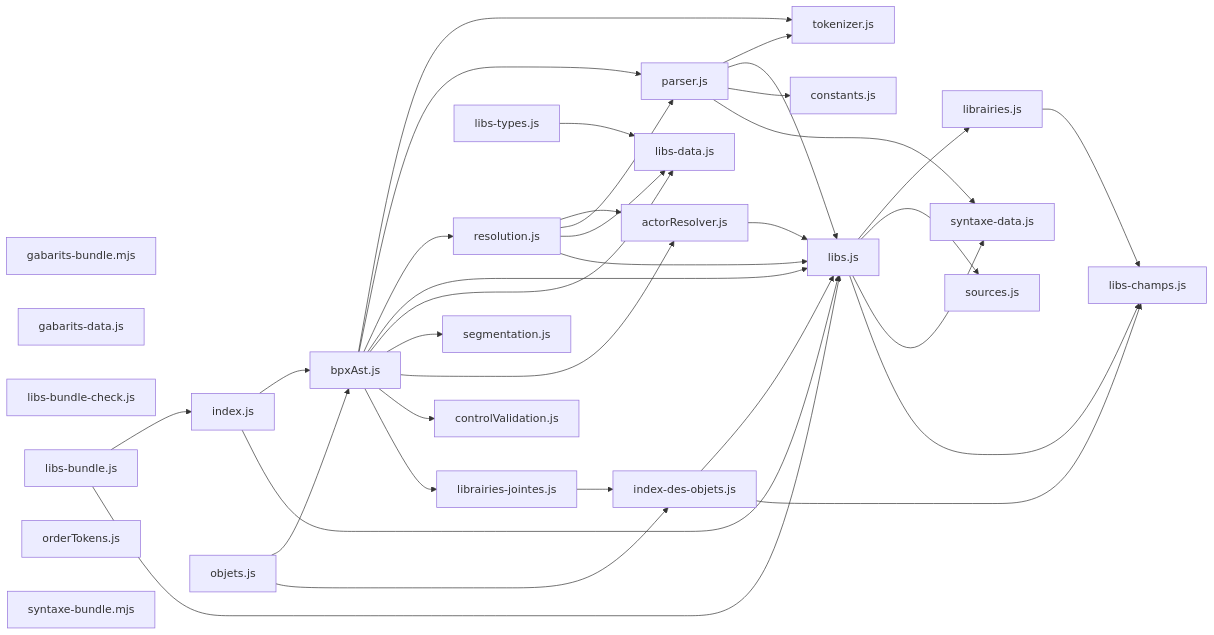
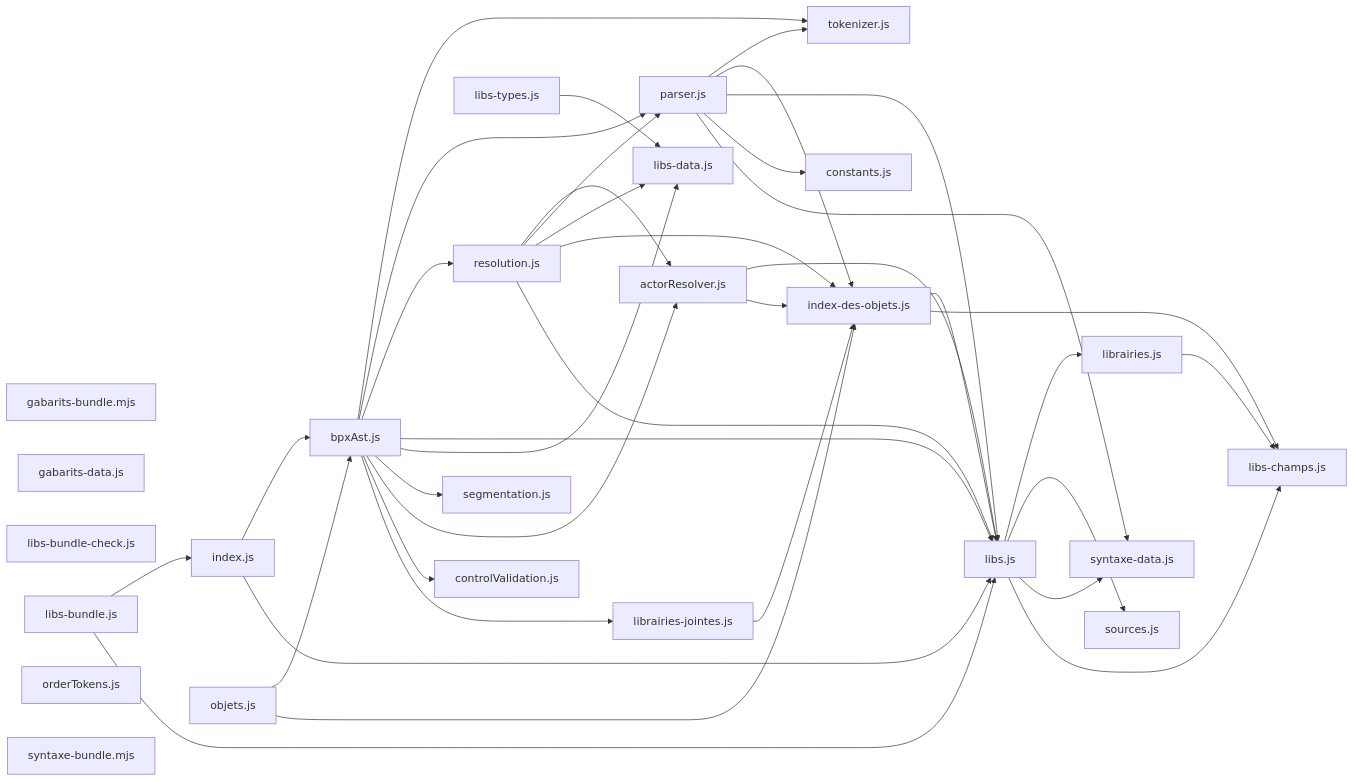
The diagram in docs/arch/carte-reel.md (roomi-fields/BPscript), drawn with Mermaid before and after one commit. The commit also changed other lines of this file and 18 other files, not shown here.

````diff
--- a/docs/arch/carte-reel.md
+++ b/docs/arch/carte-reel.md
@@ -44,61 +44,64 @@
 ```mermaid
 flowchart LR
   actorResolver_js["actorResolver.js"]
   bpxAst_js["bpxAst.js"]
   constants_js["constants.js"]
   controlValidation_js["controlValidation.js"]
   gabarits_bundle_mjs["gabarits-bundle.mjs"]
   gabarits_data_js["gabarits-data.js"]
   index_des_objets_js["index-des-objets.js"]
   index_js["index.js"]
   librairies_jointes_js["librairies-jointes.js"]
   librairies_js["librairies.js"]
   libs_bundle_check_js["libs-bundle-check.js"]
   libs_bundle_js["libs-bundle.js"]
   libs_champs_js["libs-champs.js"]
   libs_data_js["libs-data.js"]
   libs_types_js["libs-types.js"]
   libs_js["libs.js"]
   objets_js["objets.js"]
   orderTokens_js["orderTokens.js"]
   parser_js["parser.js"]
   resolution_js["resolution.js"]
   segmentation_js["segmentation.js"]
   sources_js["sources.js"]
   syntaxe_bundle_mjs["syntaxe-bundle.mjs"]
   syntaxe_data_js["syntaxe-data.js"]
   tokenizer_js["tokenizer.js"]
   actorResolver_js --> libs_js
+  actorResolver_js --> index_des_objets_js
   bpxAst_js --> tokenizer_js
   bpxAst_js --> parser_js
   bpxAst_js --> resolution_js
   bpxAst_js --> libs_js
   bpxAst_js --> libs_data_js
   bpxAst_js --> segmentation_js
   bpxAst_js --> actorResolver_js
   bpxAst_js --> controlValidation_js
   bpxAst_js --> librairies_jointes_js
   index_des_objets_js --> libs_js
   index_des_objets_js --> libs_champs_js
   index_js --> bpxAst_js
   index_js --> libs_js
   librairies_jointes_js --> index_des_objets_js
   librairies_js --> libs_champs_js
   libs_bundle_js --> index_js
   libs_bundle_js --> libs_js
   libs_types_js --> libs_data_js
   libs_js --> librairies_js
   libs_js --> sources_js
   libs_js --> syntaxe_data_js
   libs_js --> libs_champs_js
   objets_js --> bpxAst_js
   objets_js --> index_des_objets_js
   parser_js --> tokenizer_js
+  parser_js --> index_des_objets_js
   parser_js --> libs_js
   parser_js --> constants_js
   parser_js --> syntaxe_data_js
   resolution_js --> actorResolver_js
   resolution_js --> parser_js
   resolution_js --> libs_data_js
+  resolution_js --> index_des_objets_js
   resolution_js --> libs_js
 ```
````
